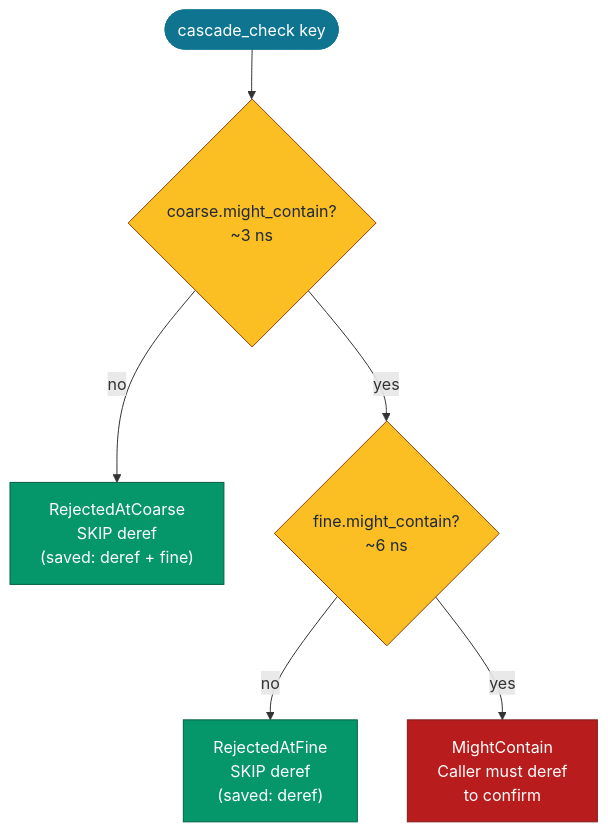
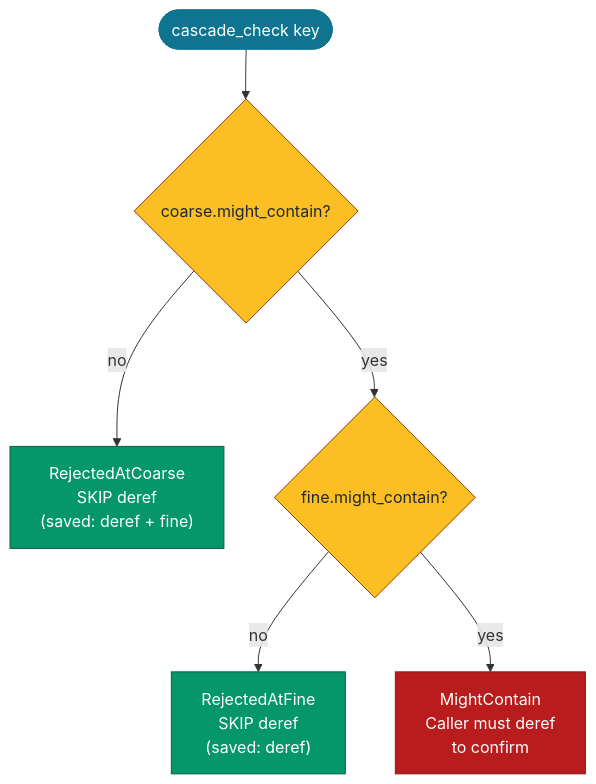
Before and after one commit to Variably-Constant/SubEtha: the third of 3 diagrams in wiki/content/docs/reference/subetha-pointers/exotic-pointers/bloom-pointer.md, drawn with Mermaid. The commit also changed other lines of this file and 471 other files, not shown here.

````diff
--- a/wiki/content/docs/reference/subetha-pointers/exotic-pointers/bloom-pointer.md
+++ b/wiki/content/docs/reference/subetha-pointers/exotic-pointers/bloom-pointer.md
@@ -212,17 +223,17 @@
 ```mermaid
 flowchart TD
-    Start([cascade_check key]) --> C{coarse.might_contain?<br/>~3 ns}
+    Start([cascade_check key]) --> C{coarse.might_contain?}
     C -->|no| RC["RejectedAtCoarse<br/>SKIP deref<br/>(saved: deref + fine)"]
-    C -->|yes| F{fine.might_contain?<br/>~6 ns}
+    C -->|yes| F{fine.might_contain?}
     F -->|no| RF["RejectedAtFine<br/>SKIP deref<br/>(saved: deref)"]
     F -->|yes| M[MightContain<br/>Caller must deref<br/>to confirm]
 
     classDef startend fill:#0e7490,stroke:#0e7490,color:#ffffff
     classDef decision fill:#fbbf24,stroke:#92400e,color:#1f2937
     classDef good fill:#059669,stroke:#065f46,color:#ffffff
     classDef maybe fill:#b91c1c,stroke:#7f1d1d,color:#ffffff
     class Start startend
     class C,F decision
     class RC,RF good
     class M maybe
 ```
````
